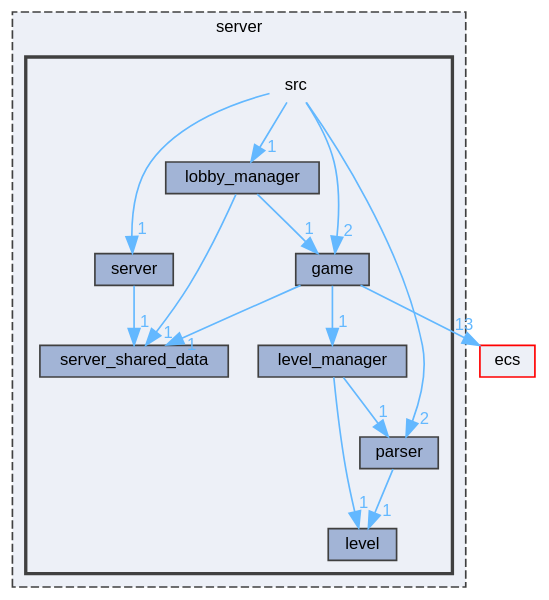
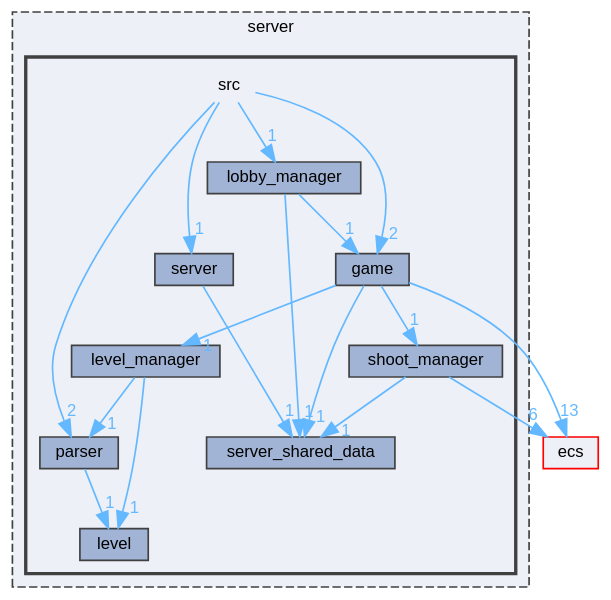
The diagram in dir_a063914ab482288b7b0e1b2fca86158c_dep.dot (Houpsi/R-Type), drawn with Graphviz before and after one commit. The commit also changed 309 other files, not shown here.

```diff
--- a/dir_a063914ab482288b7b0e1b2fca86158c_dep.dot
+++ b/dir_a063914ab482288b7b0e1b2fca86158c_dep.dot
@@ -1,36 +1,40 @@
 digraph "server/src"
 {
  // LATEX_PDF_SIZE
   bgcolor="transparent";
   edge [fontname=Helvetica,fontsize=10,labelfontname=Helvetica,labelfontsize=10];
   node [fontname=Helvetica,fontsize=10,shape=box,height=0.2,width=0.4];
   compound=true
   subgraph clusterdir_41e1742e44e2de38b3bc91f993fed282 {
     graph [ bgcolor="#edf0f7", pencolor="grey25", label="server", fontname=Helvetica,fontsize=10 style="filled,dashed", URL="dir_41e1742e44e2de38b3bc91f993fed282.html",tooltip=""]
   subgraph clusterdir_a063914ab482288b7b0e1b2fca86158c {
     graph [ bgcolor="#edf0f7", pencolor="grey25", label="", fontname=Helvetica,fontsize=10 style="filled,bold", URL="dir_a063914ab482288b7b0e1b2fca86158c.html",tooltip=""]
     dir_a063914ab482288b7b0e1b2fca86158c [shape=plaintext, label="src"];
   dir_e6b7ec297778ed9f03d97c98d106236d [label="game", fillcolor="#a2b4d6", color="grey25", style="filled", URL="dir_e6b7ec297778ed9f03d97c98d106236d.html",tooltip=""];
   dir_bb42df2f0e903765673454be575ec619 [label="level", fillcolor="#a2b4d6", color="grey25", style="filled", URL="dir_bb42df2f0e903765673454be575ec619.html",tooltip=""];
   dir_1a61ab1baf9342b4b0090bc39c8718b8 [label="level_manager", fillcolor="#a2b4d6", color="grey25", style="filled", URL="dir_1a61ab1baf9342b4b0090bc39c8718b8.html",tooltip=""];
   dir_dc6f54b79483f9ea94549115b8465e91 [label="lobby_manager", fillcolor="#a2b4d6", color="grey25", style="filled", URL="dir_dc6f54b79483f9ea94549115b8465e91.html",tooltip=""];
   dir_0d2bd8aef9a1d5e03f22ed5477f85ed5 [label="parser", fillcolor="#a2b4d6", color="grey25", style="filled", URL="dir_0d2bd8aef9a1d5e03f22ed5477f85ed5.html",tooltip=""];
   dir_79d66a5bc5e2c314a2c5007d4cb52c17 [label="server", fillcolor="#a2b4d6", color="grey25", style="filled", URL="dir_79d66a5bc5e2c314a2c5007d4cb52c17.html",tooltip=""];
   dir_750895f871de6972115ebd7099323fe5 [label="server_shared_data", fillcolor="#a2b4d6", color="grey25", style="filled", URL="dir_750895f871de6972115ebd7099323fe5.html",tooltip=""];
+  dir_d6dad296c56508b30a320f562b3773dd [label="shoot_manager", fillcolor="#a2b4d6", color="grey25", style="filled", URL="dir_d6dad296c56508b30a320f562b3773dd.html",tooltip=""];
   }
   }
   dir_eafb92770fbc727220bdaa0b1292f771 [label="ecs", fillcolor="#edf0f7", color="red", style="filled", URL="dir_eafb92770fbc727220bdaa0b1292f771.html",tooltip=""];
-  dir_a063914ab482288b7b0e1b2fca86158c->dir_0d2bd8aef9a1d5e03f22ed5477f85ed5 [headlabel="2", labeldistance=1.5 headhref="dir_000011_000006.html" href="dir_000011_000006.html" color="steelblue1" fontcolor="steelblue1"];
-  dir_a063914ab482288b7b0e1b2fca86158c->dir_79d66a5bc5e2c314a2c5007d4cb52c17 [headlabel="1", labeldistance=1.5 headhref="dir_000011_000008.html" href="dir_000011_000008.html" color="steelblue1" fontcolor="steelblue1"];
-  dir_a063914ab482288b7b0e1b2fca86158c->dir_dc6f54b79483f9ea94549115b8465e91 [headlabel="1", labeldistance=1.5 headhref="dir_000011_000005.html" href="dir_000011_000005.html" color="steelblue1" fontcolor="steelblue1"];
-  dir_a063914ab482288b7b0e1b2fca86158c->dir_e6b7ec297778ed9f03d97c98d106236d [headlabel="2", labeldistance=1.5 headhref="dir_000011_000002.html" href="dir_000011_000002.html" color="steelblue1" fontcolor="steelblue1"];
+  dir_a063914ab482288b7b0e1b2fca86158c->dir_0d2bd8aef9a1d5e03f22ed5477f85ed5 [headlabel="2", labeldistance=1.5 headhref="dir_000012_000006.html" href="dir_000012_000006.html" color="steelblue1" fontcolor="steelblue1"];
+  dir_a063914ab482288b7b0e1b2fca86158c->dir_79d66a5bc5e2c314a2c5007d4cb52c17 [headlabel="1", labeldistance=1.5 headhref="dir_000012_000008.html" href="dir_000012_000008.html" color="steelblue1" fontcolor="steelblue1"];
+  dir_a063914ab482288b7b0e1b2fca86158c->dir_dc6f54b79483f9ea94549115b8465e91 [headlabel="1", labeldistance=1.5 headhref="dir_000012_000005.html" href="dir_000012_000005.html" color="steelblue1" fontcolor="steelblue1"];
+  dir_a063914ab482288b7b0e1b2fca86158c->dir_e6b7ec297778ed9f03d97c98d106236d [headlabel="2", labeldistance=1.5 headhref="dir_000012_000002.html" href="dir_000012_000002.html" color="steelblue1" fontcolor="steelblue1"];
   dir_e6b7ec297778ed9f03d97c98d106236d->dir_1a61ab1baf9342b4b0090bc39c8718b8 [headlabel="1", labeldistance=1.5 headhref="dir_000002_000004.html" href="dir_000002_000004.html" color="steelblue1" fontcolor="steelblue1"];
   dir_e6b7ec297778ed9f03d97c98d106236d->dir_750895f871de6972115ebd7099323fe5 [headlabel="1", labeldistance=1.5 headhref="dir_000002_000009.html" href="dir_000002_000009.html" color="steelblue1" fontcolor="steelblue1"];
+  dir_e6b7ec297778ed9f03d97c98d106236d->dir_d6dad296c56508b30a320f562b3773dd [headlabel="1", labeldistance=1.5 headhref="dir_000002_000010.html" href="dir_000002_000010.html" color="steelblue1" fontcolor="steelblue1"];
   dir_e6b7ec297778ed9f03d97c98d106236d->dir_eafb92770fbc727220bdaa0b1292f771 [headlabel="13", labeldistance=1.5 headhref="dir_000002_000001.html" href="dir_000002_000001.html" color="steelblue1" fontcolor="steelblue1"];
   dir_1a61ab1baf9342b4b0090bc39c8718b8->dir_0d2bd8aef9a1d5e03f22ed5477f85ed5 [headlabel="1", labeldistance=1.5 headhref="dir_000004_000006.html" href="dir_000004_000006.html" color="steelblue1" fontcolor="steelblue1"];
   dir_1a61ab1baf9342b4b0090bc39c8718b8->dir_bb42df2f0e903765673454be575ec619 [headlabel="1", labeldistance=1.5 headhref="dir_000004_000003.html" href="dir_000004_000003.html" color="steelblue1" fontcolor="steelblue1"];
   dir_dc6f54b79483f9ea94549115b8465e91->dir_750895f871de6972115ebd7099323fe5 [headlabel="1", labeldistance=1.5 headhref="dir_000005_000009.html" href="dir_000005_000009.html" color="steelblue1" fontcolor="steelblue1"];
   dir_dc6f54b79483f9ea94549115b8465e91->dir_e6b7ec297778ed9f03d97c98d106236d [headlabel="1", labeldistance=1.5 headhref="dir_000005_000002.html" href="dir_000005_000002.html" color="steelblue1" fontcolor="steelblue1"];
   dir_0d2bd8aef9a1d5e03f22ed5477f85ed5->dir_bb42df2f0e903765673454be575ec619 [headlabel="1", labeldistance=1.5 headhref="dir_000006_000003.html" href="dir_000006_000003.html" color="steelblue1" fontcolor="steelblue1"];
   dir_79d66a5bc5e2c314a2c5007d4cb52c17->dir_750895f871de6972115ebd7099323fe5 [headlabel="1", labeldistance=1.5 headhref="dir_000008_000009.html" href="dir_000008_000009.html" color="steelblue1" fontcolor="steelblue1"];
+  dir_d6dad296c56508b30a320f562b3773dd->dir_750895f871de6972115ebd7099323fe5 [headlabel="1", labeldistance=1.5 headhref="dir_000010_000009.html" href="dir_000010_000009.html" color="steelblue1" fontcolor="steelblue1"];
+  dir_d6dad296c56508b30a320f562b3773dd->dir_eafb92770fbc727220bdaa0b1292f771 [headlabel="6", labeldistance=1.5 headhref="dir_000010_000001.html" href="dir_000010_000001.html" color="steelblue1" fontcolor="steelblue1"];
 }
```
